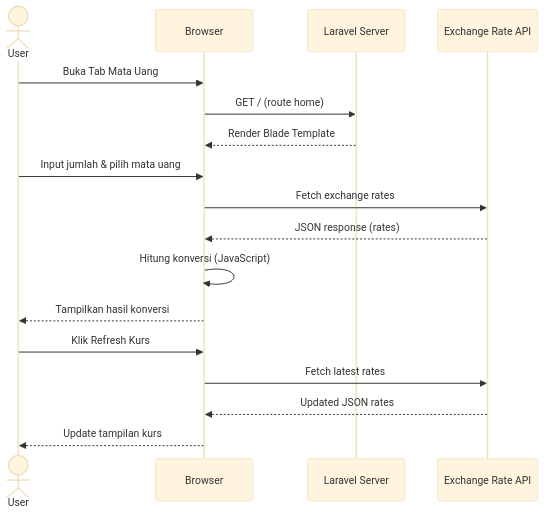
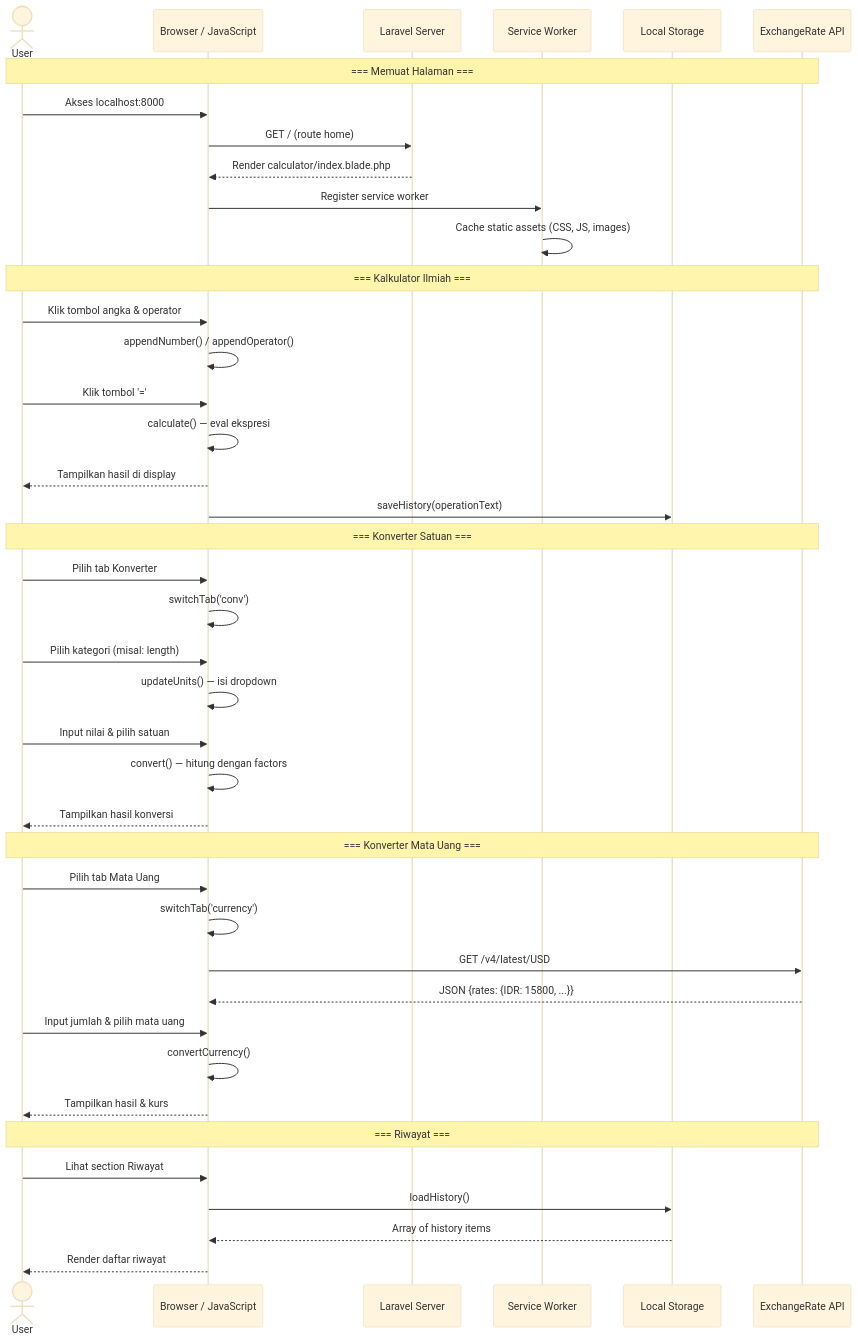
One commit to falcon-ioi/Caclcon changed the third of 4 diagrams in e-concalc-web/README.md. Above: the diagram before and after it, drawn with Mermaid (base theme). The commit also changed other lines of this file, not shown here.

Commit message:
docs: fix UML diagrams to accurately match actual codebase features

````diff
--- a/e-concalc-web/README.md
+++ b/e-concalc-web/README.md
@@ -148,22 +166,48 @@
 ```mermaid
 sequenceDiagram
     actor User
-    participant Browser
+    participant Browser as Browser / JavaScript
     participant Laravel as Laravel Server
-    participant API as Exchange Rate API
+    participant SW as Service Worker
+    participant LS as Local Storage
+    participant API as ExchangeRate API
 
-    User->>Browser: Buka Tab Mata Uang
+    Note over User, API: === Memuat Halaman ===
+    User->>Browser: Akses localhost:8000
     Browser->>Laravel: GET / (route home)
-    Laravel-->>Browser: Render Blade Template
+    Laravel-->>Browser: Render calculator/index.blade.php
+    Browser->>SW: Register service worker
+    SW->>SW: Cache static assets (CSS, JS, images)
 
-    User->>Browser: Input jumlah & pilih mata uang
-    Browser->>API: Fetch exchange rates
-    API-->>Browser: JSON response (rates)
-    Browser->>Browser: Hitung konversi (JavaScript)
+    Note over User, API: === Kalkulator Ilmiah ===
+    User->>Browser: Klik tombol angka & operator
+    Browser->>Browser: appendNumber() / appendOperator()
+    User->>Browser: Klik tombol '='
+    Browser->>Browser: calculate() — eval ekspresi
+    Browser-->>User: Tampilkan hasil di display
+    Browser->>LS: saveHistory(operationText)
+
+    Note over User, API: === Konverter Satuan ===
+    User->>Browser: Pilih tab Konverter
+    Browser->>Browser: switchTab('conv')
+    User->>Browser: Pilih kategori (misal: length)
+    Browser->>Browser: updateUnits() — isi dropdown
+    User->>Browser: Input nilai & pilih satuan
+    Browser->>Browser: convert() — hitung dengan factors
     Browser-->>User: Tampilkan hasil konversi
 
-    User->>Browser: Klik Refresh Kurs
-    Browser->>API: Fetch latest rates
-    API-->>Browser: Updated JSON rates
-    Browser-->>User: Update tampilan kurs
+    Note over User, API: === Konverter Mata Uang ===
+    User->>Browser: Pilih tab Mata Uang
+    Browser->>Browser: switchTab('currency')
+    Browser->>API: GET /v4/latest/USD
+    API-->>Browser: JSON {rates: {IDR: 15800, ...}}
+    User->>Browser: Input jumlah & pilih mata uang
+    Browser->>Browser: convertCurrency()
+    Browser-->>User: Tampilkan hasil & kurs
+
+    Note over User, API: === Riwayat ===
+    User->>Browser: Lihat section Riwayat
+    Browser->>LS: loadHistory()
+    LS-->>Browser: Array of history items
+    Browser-->>User: Render daftar riwayat
 ```
````
